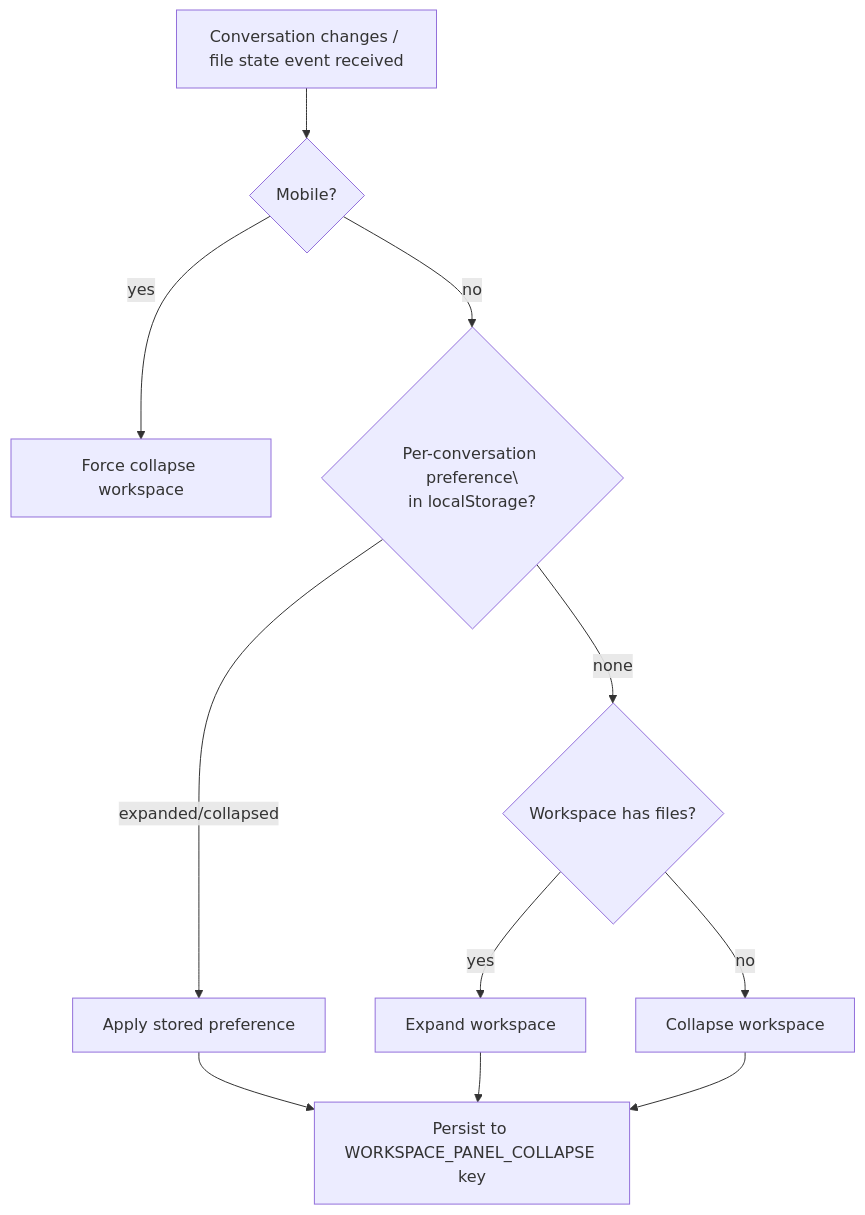
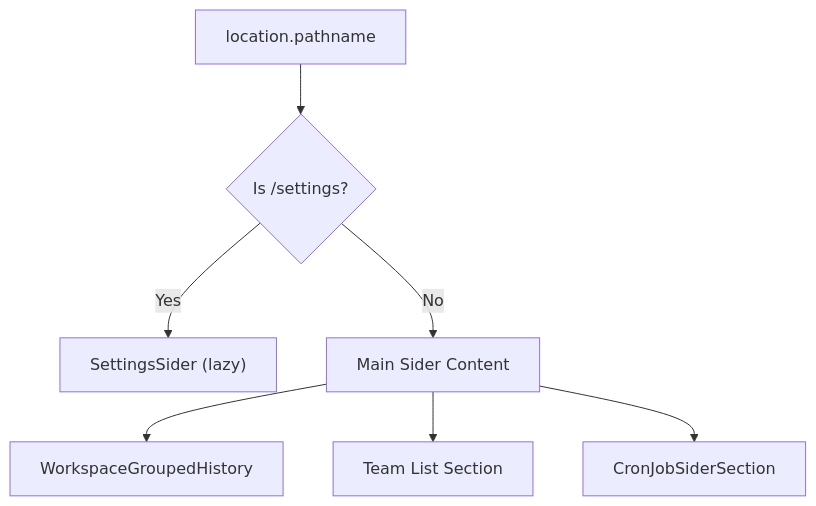
The third of 3 diagrams in docs/iOfficeAI_AionUi/user-interface/layout-system.md (blackcater/zentree), drawn with Mermaid before and after one commit. The commit also changed other lines of this file and 232 other files, not shown here.

````diff
--- a/docs/iOfficeAI_AionUi/user-interface/layout-system.md
+++ b/docs/iOfficeAI_AionUi/user-interface/layout-system.md
@@ -254,14 +168,9 @@
 ```mermaid
-flowchart TD
-    A["Conversation changes / file state event received"] --> B{"Mobile?"}
-    B -- yes --> C["Force collapse workspace"]
-    B -- no --> D{"Per-conversation preference\
-in localStorage?"}
-    D -- "expanded/collapsed" --> E["Apply stored preference"]
-    D -- none --> F{"Workspace has files?"}
-    F -- yes --> G["Expand workspace"]
-    F -- no --> H["Collapse workspace"]
-    E --> I["Persist to WORKSPACE_PANEL_COLLAPSE key"]
-    G --> I
-    H --> I
+graph TD
+    Path["location.pathname"] --> IsSettings{"Is /settings?"}
+    IsSettings -- Yes --> SettingsSider["SettingsSider (lazy)"]
+    IsSettings -- No --> MainSider["Main Sider Content"]
+    MainSider --> History["WorkspaceGroupedHistory"]
+    MainSider --> Teams["Team List Section"]
+    MainSider --> Cron["CronJobSiderSection"]
 ```
````
